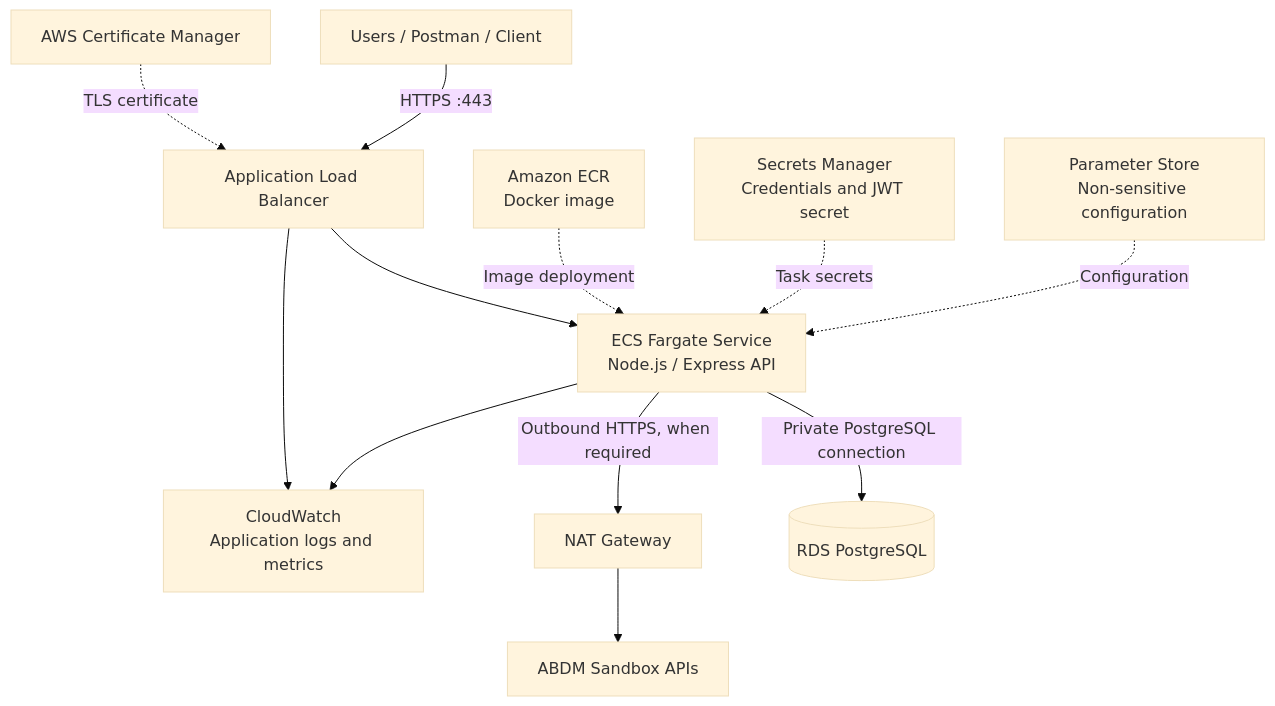
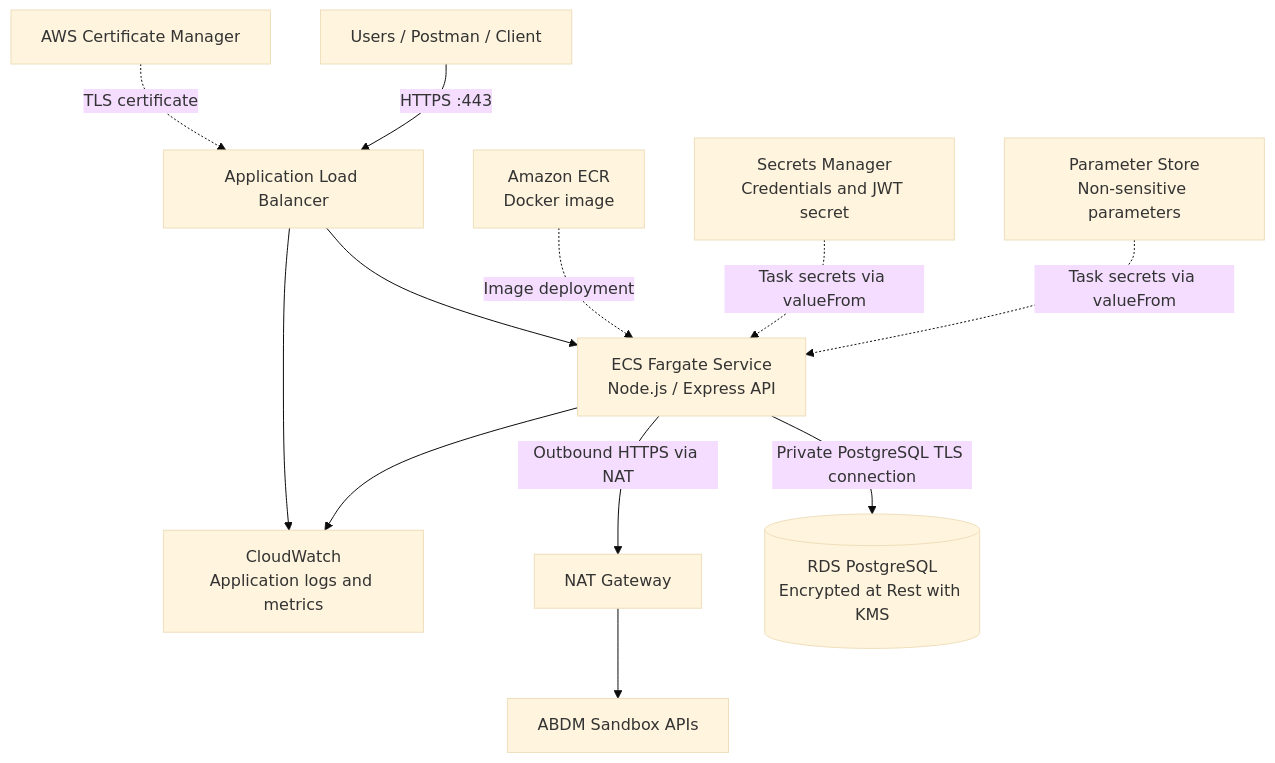
Before and after one commit to shivanshu-singh-dev/ChildHealthAPI: the diagram in AWS_Deployment_Plan.md, drawn with Mermaid (base theme). The commit also changed other lines of this file and 1 other file, not shown here.

````diff
--- a/AWS_Deployment_Plan.md
+++ b/AWS_Deployment_Plan.md
@@ -31,18 +32,18 @@
 ```mermaid
 flowchart TD
     U["Users / Postman / Client"] -->|"HTTPS :443"| ALB["Application Load Balancer"]
     ACM["AWS Certificate Manager"] -. "TLS certificate" .-> ALB
 
     ALB --> ECS["ECS Fargate Service\nNode.js / Express API"]
-    ECS -->|"Private PostgreSQL connection"| RDS[("RDS PostgreSQL")]
+    ECS -->|"Private PostgreSQL TLS connection"| RDS[("RDS PostgreSQL\nEncrypted at Rest with KMS")]
 
-    ECS -->|"Outbound HTTPS, when required"| NAT["NAT Gateway"]
+    ECS -->|"Outbound HTTPS via NAT"| NAT["NAT Gateway"]
     NAT --> ABDM["ABDM Sandbox APIs"]
 
     ECR["Amazon ECR\nDocker image"] -. "Image deployment" .-> ECS
-    SM["Secrets Manager\nCredentials and JWT secret"] -. "Task secrets" .-> ECS
-    PS["Parameter Store\nNon-sensitive configuration"] -. "Configuration" .-> ECS
+    SM["Secrets Manager\nCredentials and JWT secret"] -. "Task secrets via valueFrom" .-> ECS
+    PS["Parameter Store\nNon-sensitive parameters"] -. "Task secrets via valueFrom" .-> ECS
 
     ECS --> CW["CloudWatch\nApplication logs and metrics"]
     ALB --> CW
 ```
````
